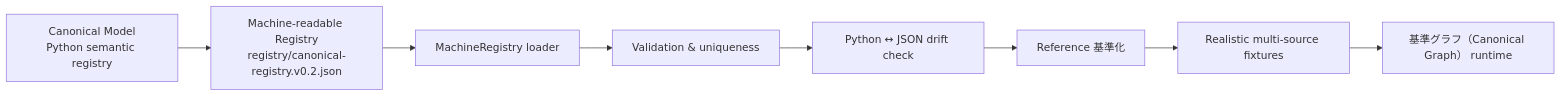
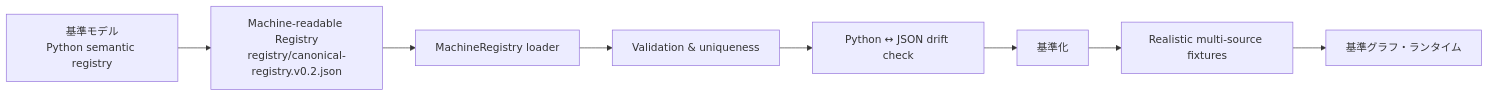
The third of 6 diagrams in README.ja.md (miumigy/scm-ontology), drawn with Mermaid before and after one commit. The commit also changed other lines of this file and 1 other file, not shown here.

Commit message:
docs: refine Japanese canonical terminology

````diff
--- a/README.ja.md
+++ b/README.ja.md
@@ -138,10 +138,10 @@
 ```mermaid
 flowchart LR
-    MODEL[Canonical Model\nPython semantic registry] --> REG[Machine-readable Registry\nregistry/canonical-registry.v0.2.json]
+    MODEL[基準モデル\nPython semantic registry] --> REG[Machine-readable Registry\nregistry/canonical-registry.v0.2.json]
     REG --> LOAD[MachineRegistry loader]
     LOAD --> VALIDATE[Validation & uniqueness]
     VALIDATE --> DRIFT[Python ↔ JSON drift check]
-    DRIFT --> MAP[Reference 基準化]
+    DRIFT --> MAP[基準化]
     MAP --> FIX[Realistic multi-source fixtures]
-    FIX --> GRAPH[基準グラフ（Canonical Graph） runtime]
+    FIX --> GRAPH[基準グラフ・ランタイム]
 ```
````
